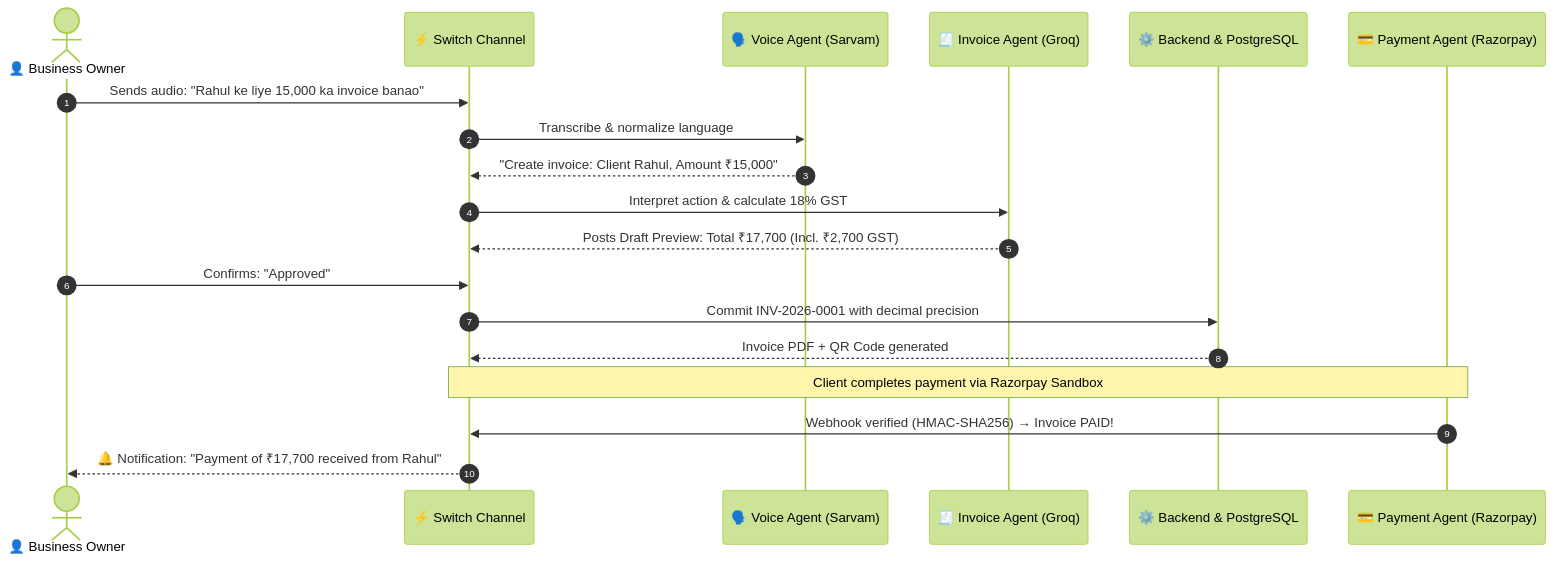
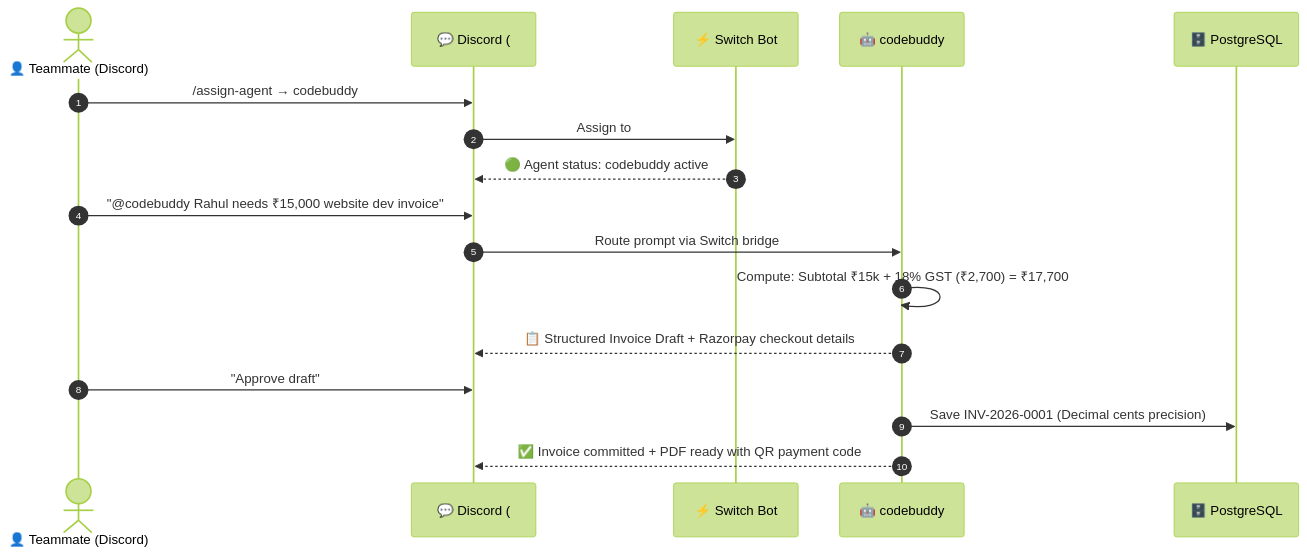
One commit to aryan24cse109-dev/Wealthra-ai changed the second of 2 diagrams in SWITCH_README.md. Above: the diagram before and after it, drawn with Mermaid (forest theme). The commit also changed other lines of this file, not shown here.

Commit message:
docs: tailor SWITCH_README for codebuddy and Discord CtrlDEVWin integration

````diff
--- a/SWITCH_README.md
+++ b/SWITCH_README.md
@@ -78,22 +44,21 @@
 ```mermaid
 sequenceDiagram
     autonumber
-    actor User as 👤 Business Owner
-    participant SW as ⚡ Switch Channel
-    participant A1 as 🗣️ Voice Agent (Sarvam)
-    participant A2 as 🧾 Invoice Agent (Groq)
-    participant BE as ⚙️ Backend & PostgreSQL
-    participant A3 as 💳 Payment Agent (Razorpay)
+    actor Dev as 👤 Teammate (Discord)
+    participant Disc as 💬 Discord (#general)
+    participant Bot as ⚡ Switch Bot
+    participant CB as 🤖 codebuddy
+    participant DB as 🗄️ PostgreSQL
 
-    User->>SW: Sends audio: "Rahul ke liye 15,000 ka invoice banao"
-    SW->>A1: Transcribe & normalize language
-    A1-->>SW: "Create invoice: Client Rahul, Amount ₹15,000"
-    SW->>A2: Interpret action & calculate 18% GST
-    A2-->>SW: Posts Draft Preview: Total ₹17,700 (Incl. ₹2,700 GST)
-    User->>SW: Confirms: "Approved"
-    SW->>BE: Commit INV-2026-0001 with decimal precision
-    BE-->>SW: Invoice PDF + QR Code generated
-    Note over SW,A3: Client completes payment via Razorpay Sandbox
-    A3->>SW: Webhook verified (HMAC-SHA256) → Invoice PAID!
-    SW-->>User: 🔔 Notification: "Payment of ₹17,700 received from Rahul"
+    Dev->>Disc: /assign-agent → codebuddy
+    Disc->>Bot: Assign to #general
+    Bot-->>Disc: 🟢 Agent status: codebuddy active
+    
+    Dev->>Disc: "@codebuddy Rahul needs ₹15,000 website dev invoice"
+    Disc->>CB: Route prompt via Switch bridge
+    CB->>CB: Compute: Subtotal ₹15k + 18% GST (₹2,700) = ₹17,700
+    CB-->>Disc: 📋 Structured Invoice Draft + Razorpay checkout details
+    Dev->>Disc: "Approve draft"
+    CB->>DB: Save INV-2026-0001 (Decimal cents precision)
+    CB-->>Disc: ✅ Invoice committed + PDF ready with QR payment code
 ```
````
